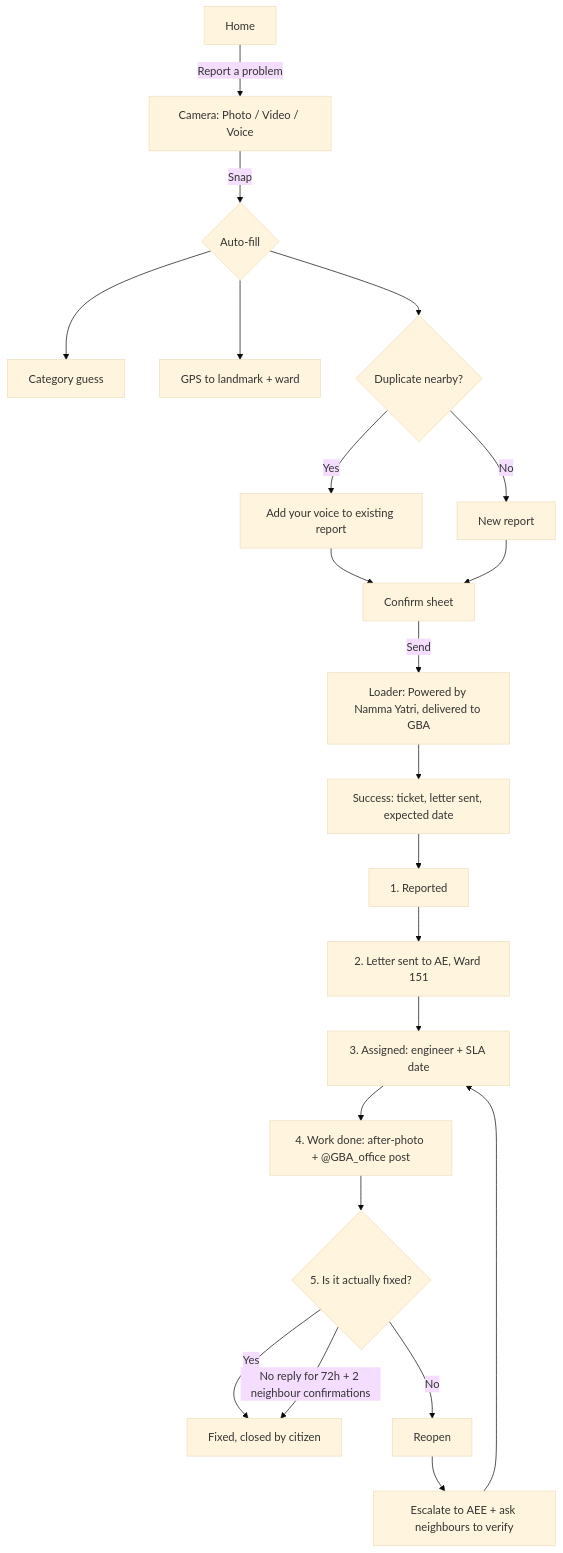
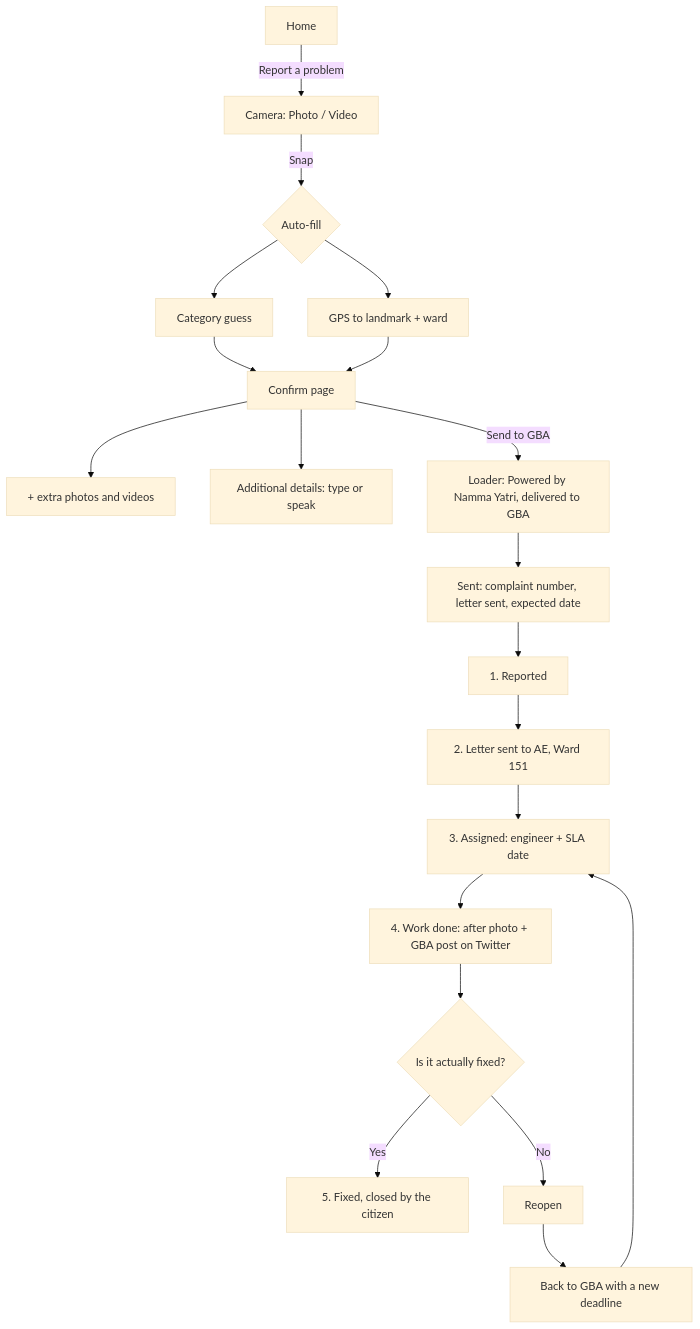
One commit to Sudhanva5/Nodi-App changed the diagram in CASE_STUDY.md. Above: the diagram before and after it, drawn with Mermaid (base theme). The commit also changed other lines of this file and 4 other files, not shown here.

````diff
--- a/CASE_STUDY.md
+++ b/CASE_STUDY.md
@@ -55,24 +55,22 @@
 ```mermaid
 flowchart TD
-    A[Home] -->|Report a problem| B[Camera: Photo / Video / Voice]
+    A[Home] -->|Report a problem| B[Camera: Photo / Video]
     B -->|Snap| C{Auto-fill}
     C --> C1[Category guess]
     C --> C2[GPS to landmark + ward]
-    C --> C3{Duplicate nearby?}
-    C3 -->|Yes| D1[Add your voice to existing report]
-    C3 -->|No| D2[New report]
-    D1 --> E[Confirm sheet]
-    D2 --> E
-    E -->|Send| F[Loader: Powered by Namma Yatri, delivered to GBA]
-    F --> G[Success: ticket, letter sent, expected date]
+    C1 --> E[Confirm page]
+    C2 --> E
+    E --> E1[+ extra photos and videos]
+    E --> E2[Additional details: type or speak]
+    E -->|Send to GBA| F[Loader: Powered by Namma Yatri, delivered to GBA]
+    F --> G[Sent: complaint number, letter sent, expected date]
     G --> H[1. Reported]
     H --> I[2. Letter sent to AE, Ward 151]
     I --> J[3. Assigned: engineer + SLA date]
-    J --> K[4. Work done: after-photo + @GBA_office post]
-    K --> L{5. Is it actually fixed?}
-    L -->|Yes| M[Fixed, closed by citizen]
+    J --> K[4. Work done: after photo + GBA post on Twitter]
+    K --> L{Is it actually fixed?}
+    L -->|Yes| M[5. Fixed, closed by the citizen]
     L -->|No| N[Reopen]
-    N --> O[Escalate to AEE + ask neighbours to verify]
+    N --> O[Back to GBA with a new deadline]
     O --> J
-    L -->|No reply for 72h + 2 neighbour confirmations| M
 ```
````
